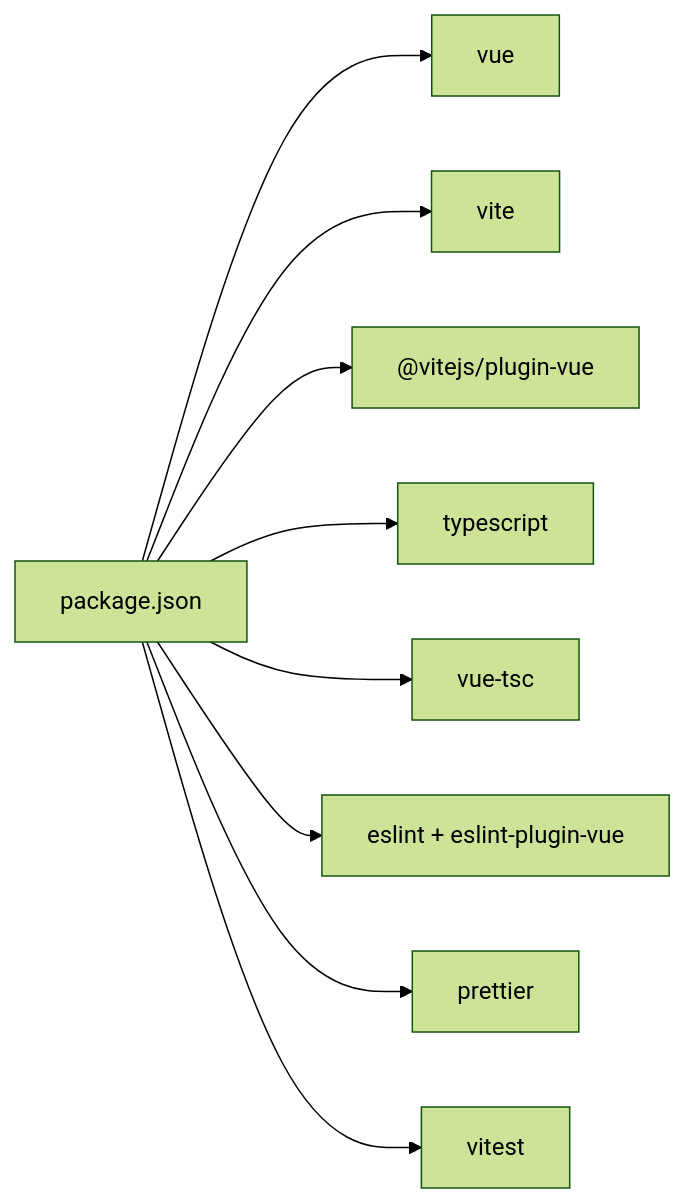
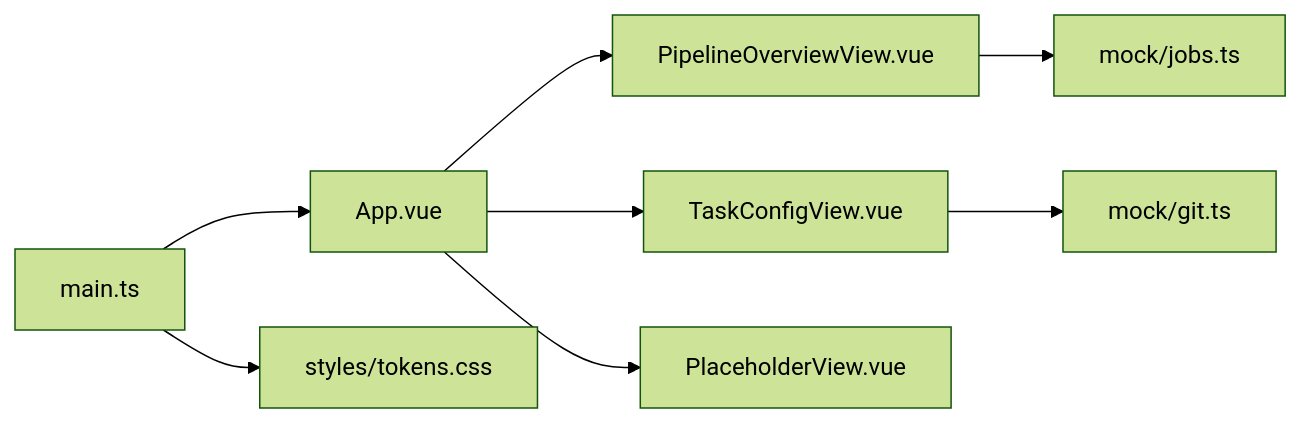
The sixth of 6 diagrams in .qoder/repowiki/zh/content/核心服务/前端应用.md (Joeyzheng001/LLM-AutoTest), drawn with Mermaid (forest theme) before and after one commit. The commit also changed other lines of this file and 186 other files, not shown here.

````diff
--- a/.qoder/repowiki/zh/content/核心服务/前端应用.md
+++ b/.qoder/repowiki/zh/content/核心服务/前端应用.md
@@ -194,11 +207,10 @@
 ```mermaid
 graph LR
-P["package.json"] --> VUE["vue"]
-P --> VITE["vite"]
-P --> PLUG["@vitejs/plugin-vue"]
-P --> TSC["typescript"]
-P --> VTSC["vue-tsc"]
-P --> ESLINT["eslint + eslint-plugin-vue"]
-P --> PRETTIER["prettier"]
-P --> VITEST["vitest"]
+Main["main.ts"] --> App["App.vue"]
+App --> P["PipelineOverviewView.vue"]
+App --> T["TaskConfigView.vue"]
+App --> Ph["PlaceholderView.vue"]
+P --> J["mock/jobs.ts"]
+T --> G["mock/git.ts"]
+Main --> S["styles/tokens.css"]
 ```
````
